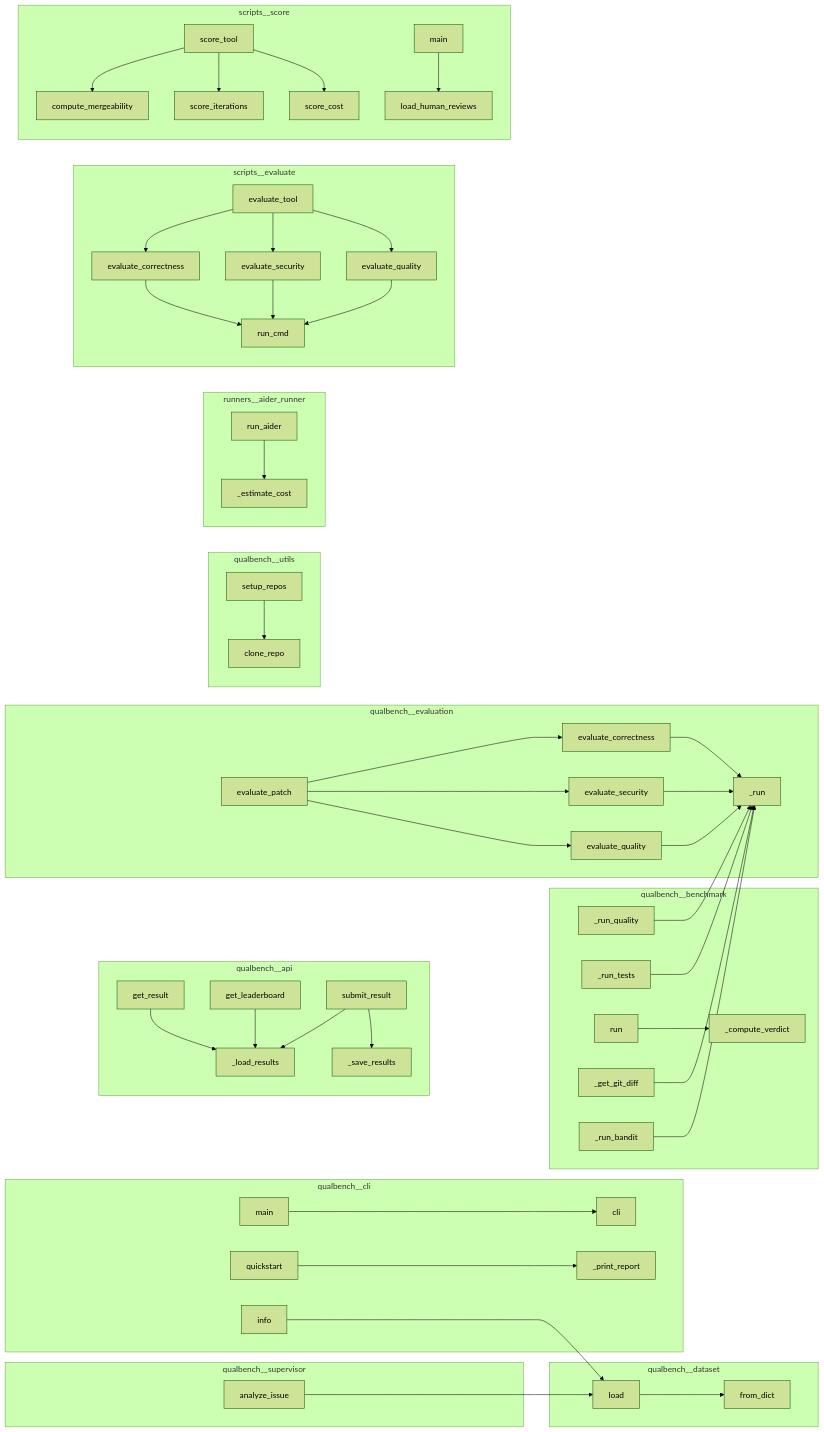
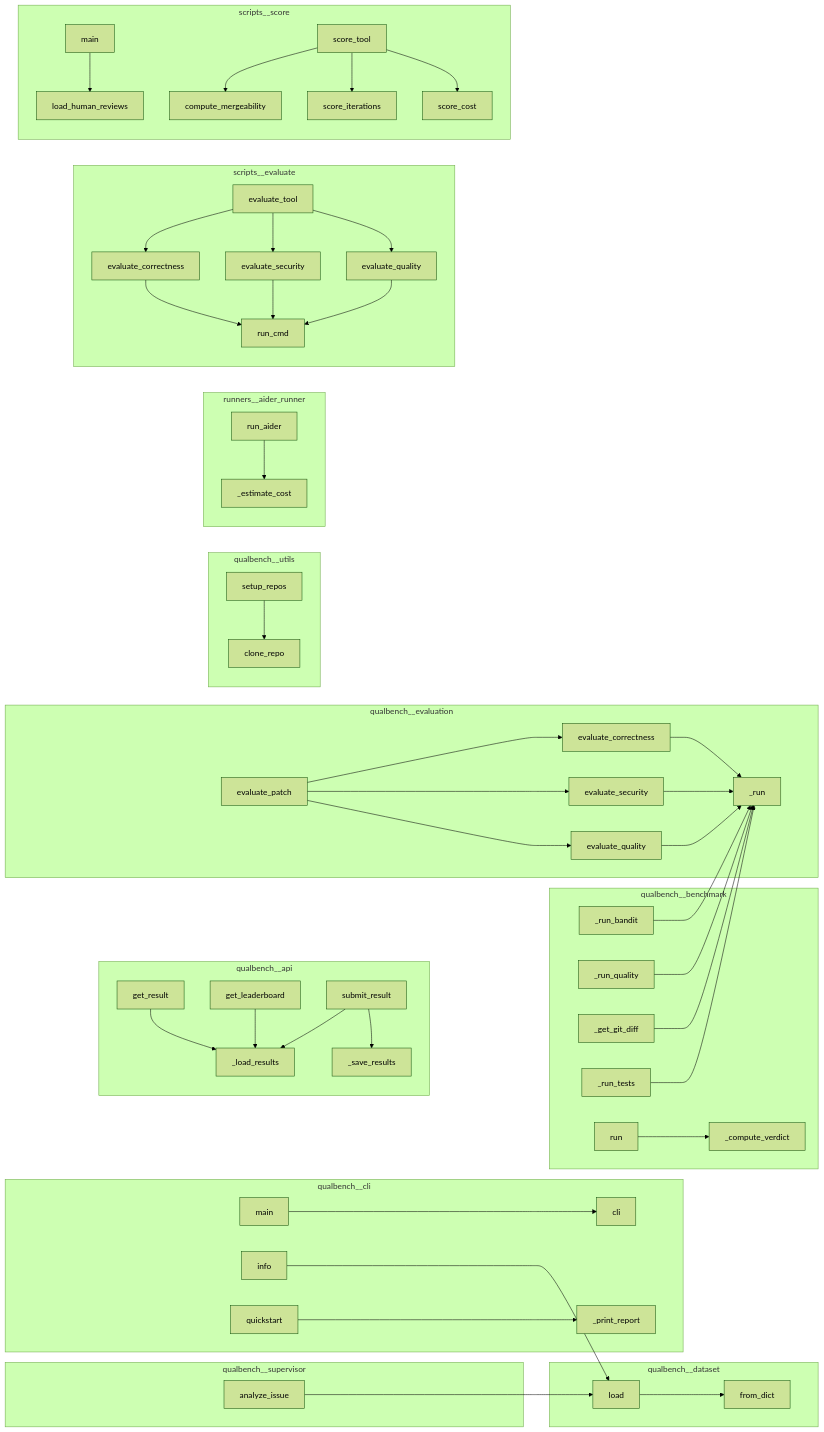
One commit to semcod/qualbench changed the diagram in project/calls.mmd. Above: the diagram before and after it, drawn with Mermaid (forest theme). The commit also changed other lines of this file and 12 other files, not shown here.

```diff
--- a/project/calls.mmd
+++ b/project/calls.mmd
@@ -1,92 +1,92 @@
 flowchart LR
     subgraph qualbench__api
         qualbench__api___load_results["_load_results"]
         qualbench__api__get_result["get_result"]
         qualbench__api___save_results["_save_results"]
+        qualbench__api__get_leaderboard["get_leaderboard"]
         qualbench__api__submit_result["submit_result"]
-        qualbench__api__get_leaderboard["get_leaderboard"]
     end
     subgraph qualbench__benchmark
+        qualbench__benchmark__QualBenchRunner___run_bandit["_run_bandit"]
+        qualbench__benchmark__QualBenchRunner___run_quality["_run_quality"]
         qualbench__benchmark___compute_verdict["_compute_verdict"]
-        qualbench__benchmark__QualBenchRunner___run_quality["_run_quality"]
+        qualbench__benchmark__QualBenchRunner___get_git_diff["_get_git_diff"]
         qualbench__benchmark__QualBenchRunner___run_tests["_run_tests"]
         qualbench__benchmark__QualBenchRunner__run["run"]
-        qualbench__benchmark__QualBenchRunner___get_git_diff["_get_git_diff"]
-        qualbench__benchmark__QualBenchRunner___run_bandit["_run_bandit"]
     end
     subgraph qualbench__cli
+        qualbench__cli__cli["cli"]
         qualbench__cli__main["main"]
-        qualbench__cli__cli["cli"]
-        qualbench__cli__quickstart["quickstart"]
         qualbench__cli___print_report["_print_report"]
         qualbench__cli__info["info"]
+        qualbench__cli__quickstart["quickstart"]
     end
     subgraph qualbench__dataset
+        qualbench__dataset__Dataset__load["load"]
         qualbench__dataset__Issue__from_dict["from_dict"]
-        qualbench__dataset__Dataset__load["load"]
     end
     subgraph qualbench__evaluation
-        qualbench__evaluation___run["_run"]
+        qualbench__evaluation__evaluate_patch["evaluate_patch"]
         qualbench__evaluation__evaluate_correctness["evaluate_correctness"]
         qualbench__evaluation__evaluate_quality["evaluate_quality"]
-        qualbench__evaluation__evaluate_patch["evaluate_patch"]
+        qualbench__evaluation___run["_run"]
         qualbench__evaluation__evaluate_security["evaluate_security"]
     end
     subgraph qualbench__supervisor
         qualbench__supervisor__SupervisorAI__analyze_issue["analyze_issue"]
     end
     subgraph qualbench__utils
+        qualbench__utils__repos__setup_repos["setup_repos"]
         qualbench__utils__repos__clone_repo["clone_repo"]
-        qualbench__utils__repos__setup_repos["setup_repos"]
     end
     subgraph runners__aider_runner
         runners__aider_runner__run_aider["run_aider"]
         runners__aider_runner___estimate_cost["_estimate_cost"]
     end
     subgraph scripts__evaluate
+        scripts__evaluate__evaluate_tool["evaluate_tool"]
+        scripts__evaluate__evaluate_correctness["evaluate_correctness"]
+        scripts__evaluate__evaluate_quality["evaluate_quality"]
+        scripts__evaluate__evaluate_security["evaluate_security"]
         scripts__evaluate__run_cmd["run_cmd"]
-        scripts__evaluate__evaluate_correctness["evaluate_correctness"]
-        scripts__evaluate__evaluate_security["evaluate_security"]
-        scripts__evaluate__evaluate_tool["evaluate_tool"]
-        scripts__evaluate__evaluate_quality["evaluate_quality"]
     end
     subgraph scripts__score
+        scripts__score__load_human_reviews["load_human_reviews"]
         scripts__score__score_tool["score_tool"]
+        scripts__score__main["main"]
+        scripts__score__compute_mergeability["compute_mergeability"]
+        scripts__score__score_cost["score_cost"]
         scripts__score__score_iterations["score_iterations"]
-        scripts__score__score_cost["score_cost"]
-        scripts__score__main["main"]
-        scripts__score__load_human_reviews["load_human_reviews"]
-        scripts__score__compute_mergeability["compute_mergeability"]
     end
     qualbench__cli__quickstart --> qualbench__cli___print_report
     qualbench__cli__info --> qualbench__dataset__Dataset__load
     qualbench__cli__main --> qualbench__cli__cli
     qualbench__supervisor__SupervisorAI__analyze_issue --> qualbench__dataset__Dataset__load
     qualbench__utils__repos__setup_repos --> qualbench__utils__repos__clone_repo
     qualbench__dataset__Dataset__load --> qualbench__dataset__Issue__from_dict
     qualbench__evaluation__evaluate_correctness --> qualbench__evaluation___run
     qualbench__evaluation__evaluate_security --> qualbench__evaluation___run
     qualbench__evaluation__evaluate_quality --> qualbench__evaluation___run
     qualbench__evaluation__evaluate_patch --> qualbench__evaluation__evaluate_correctness
     qualbench__evaluation__evaluate_patch --> qualbench__evaluation__evaluate_security
     qualbench__evaluation__evaluate_patch --> qualbench__evaluation__evaluate_quality
     scripts__evaluate__evaluate_correctness --> scripts__evaluate__run_cmd
     scripts__evaluate__evaluate_security --> scripts__evaluate__run_cmd
     scripts__evaluate__evaluate_quality --> scripts__evaluate__run_cmd
     scripts__evaluate__evaluate_tool --> scripts__evaluate__evaluate_correctness
     scripts__evaluate__evaluate_tool --> scripts__evaluate__evaluate_security
     scripts__evaluate__evaluate_tool --> scripts__evaluate__evaluate_quality
     scripts__score__score_tool --> scripts__score__compute_mergeability
     scripts__score__score_tool --> scripts__score__score_iterations
     scripts__score__score_tool --> scripts__score__score_cost
     scripts__score__main --> scripts__score__load_human_reviews
     runners__aider_runner__run_aider --> runners__aider_runner___estimate_cost
     qualbench__benchmark__QualBenchRunner__run --> qualbench__benchmark___compute_verdict
     qualbench__benchmark__QualBenchRunner___get_git_diff --> qualbench__evaluation___run
     qualbench__benchmark__QualBenchRunner___run_tests --> qualbench__evaluation___run
     qualbench__benchmark__QualBenchRunner___run_bandit --> qualbench__evaluation___run
     qualbench__benchmark__QualBenchRunner___run_quality --> qualbench__evaluation___run
     qualbench__api__submit_result --> qualbench__api___load_results
     qualbench__api__submit_result --> qualbench__api___save_results
     qualbench__api__get_leaderboard --> qualbench__api___load_results
     qualbench__api__get_result --> qualbench__api___load_results
```
